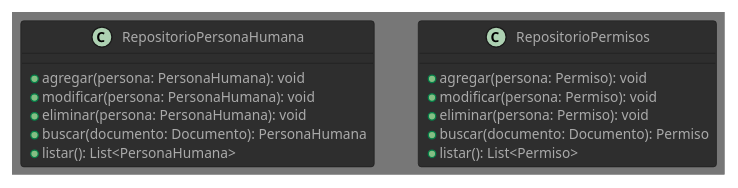
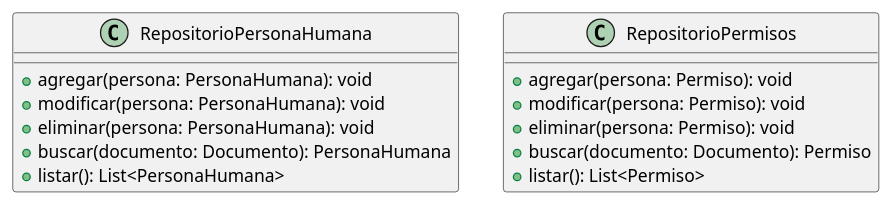
The diagram in documentos/segundaEntrega/diagramaDeClasesRepositorios.puml (eitan-wajsberg/tp-anual-dds-2024), drawn with PlantUML before and after one commit. The commit also changed 2 other files, not shown here.

```diff
--- a/documentos/segundaEntrega/diagramaDeClasesRepositorios.puml
+++ b/documentos/segundaEntrega/diagramaDeClasesRepositorios.puml
@@ -1,20 +1,19 @@
 @startuml diagramaDeClasesRepositorios
-!theme reddress-darkblue
 
 class RepositorioPersonaHumana {
     + agregar(persona: PersonaHumana): void
     + modificar(persona: PersonaHumana): void
     + eliminar(persona: PersonaHumana): void
     + buscar(documento: Documento): PersonaHumana
     + listar(): List<PersonaHumana>
 }
 
 class RepositorioPermisos {
     + agregar(persona: Permiso): void
     + modificar(persona: Permiso): void
     + eliminar(persona: Permiso): void
     + buscar(documento: Documento): Permiso
     + listar(): List<Permiso>
 }
 
 @enduml
```
